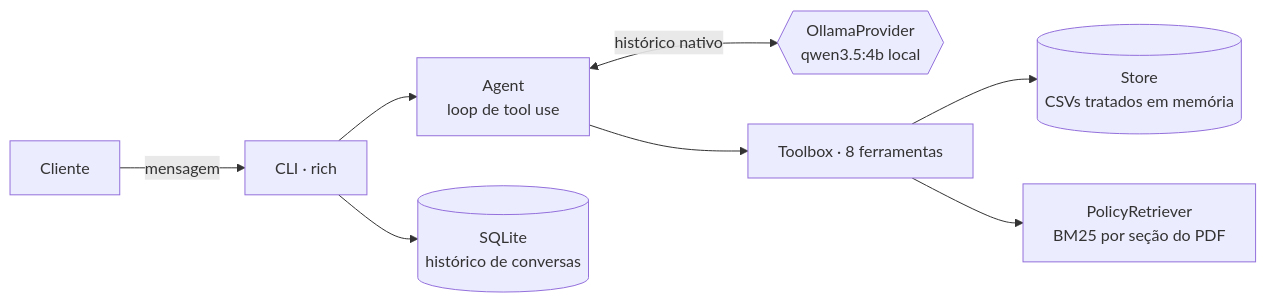
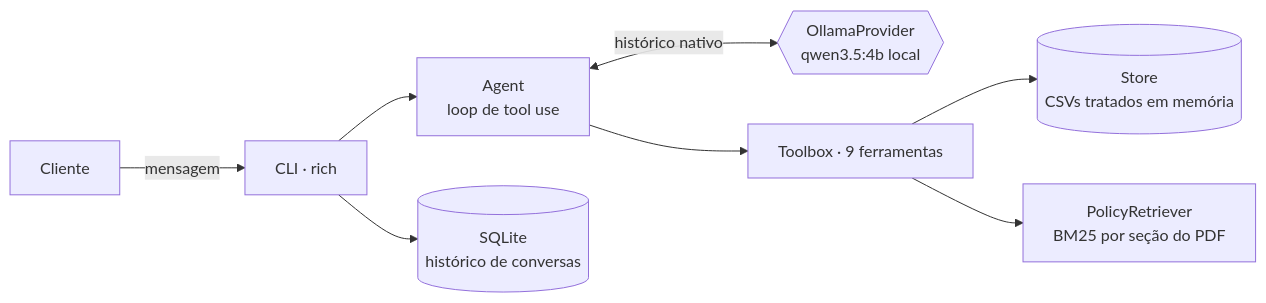
One commit to roobertoAlves/Case_AI_Engineer_Artefact changed the diagram in README.md. Above: the diagram before and after it, drawn with Mermaid. The commit also changed other lines of this file and 5 other files, not shown here.

````diff
--- a/README.md
+++ b/README.md
@@ -113,10 +113,10 @@
 ```mermaid
 flowchart LR
     U[Cliente] -->|mensagem| CLI[CLI · rich]
     CLI --> A[Agent<br/>loop de tool use]
     A <-->|histórico nativo| P{{OllamaProvider<br/>qwen3.5:4b local}}
-    A --> T[Toolbox · 8 ferramentas]
+    A --> T[Toolbox · 9 ferramentas]
     T --> S[(Store<br/>CSVs tratados em memória)]
     T --> R[PolicyRetriever<br/>BM25 por seção do PDF]
     CLI --> DB[(SQLite<br/>histórico de conversas)]
 ```
````
